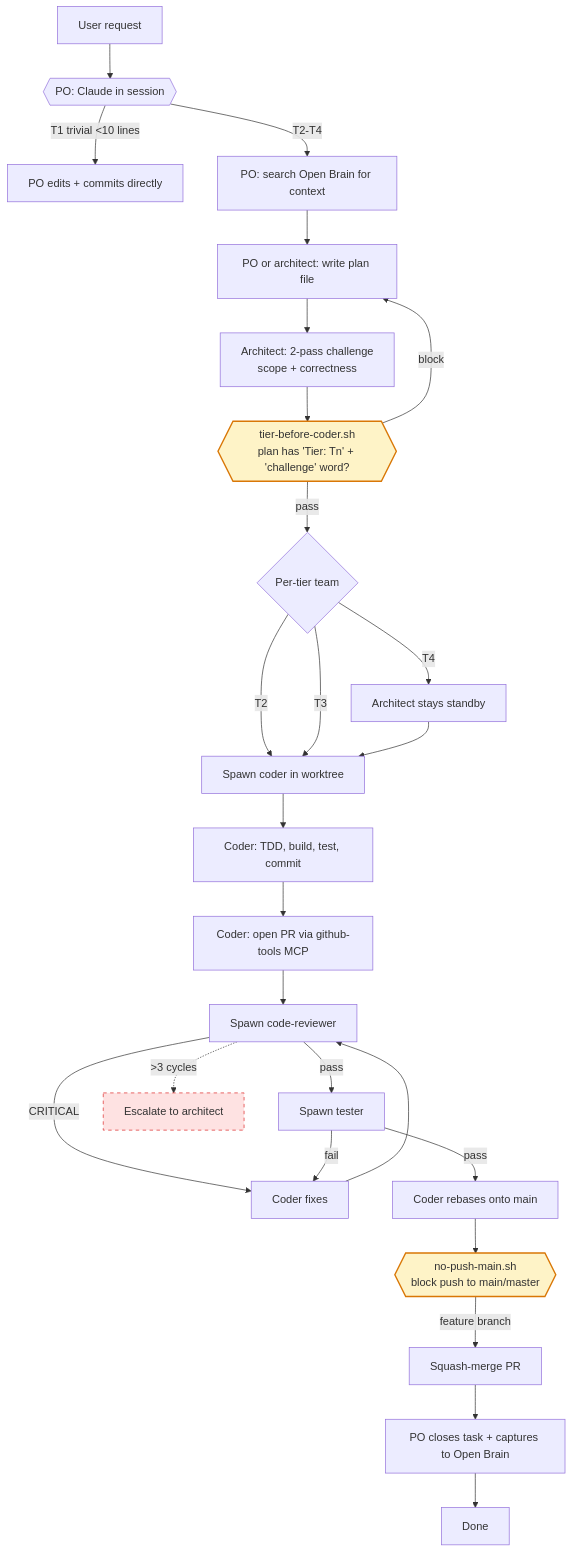
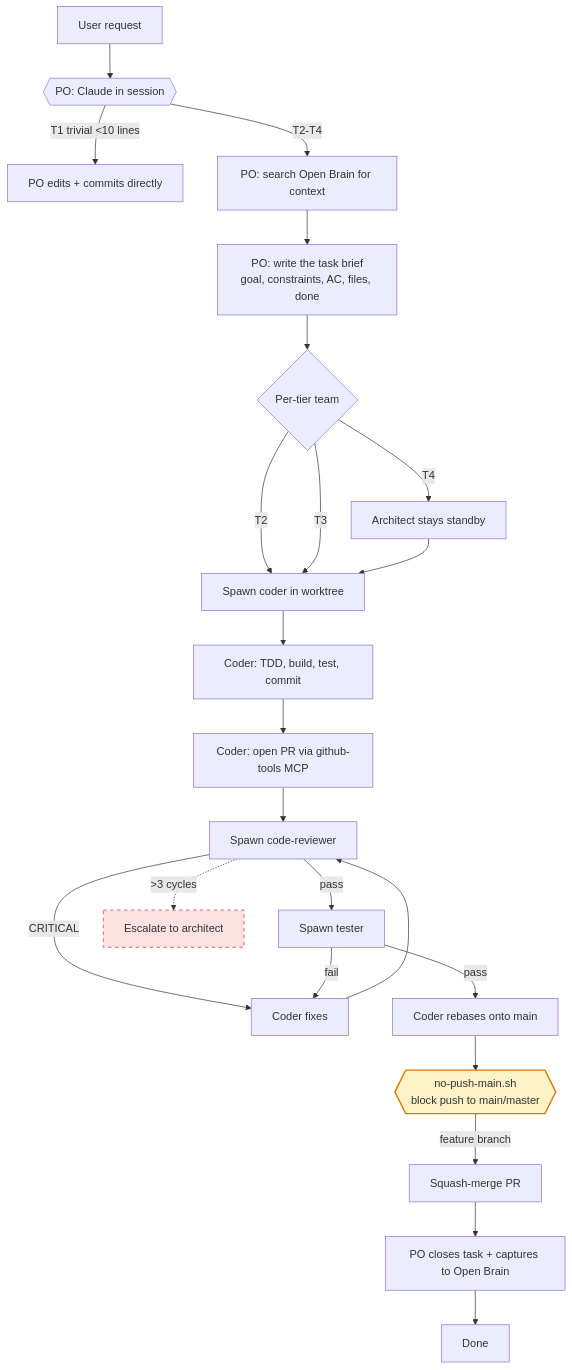
Before and after one commit to dagonet/claude-code-toolkit: the diagram in docs/workflow-audit.md, drawn with Mermaid. The commit also changed other lines of this file and 34 other files, not shown here.

First line of the commit message:
feat: v2.1 PR7 — drop the plan gate; task brief upfront (#58)

````diff
--- a/docs/workflow-audit.md
+++ b/docs/workflow-audit.md
@@ -11,31 +11,28 @@
 ```mermaid
 flowchart TD
     U[User request] --> PO{{PO: Claude in session}}
     PO -->|T1 trivial <10 lines| POFix[PO edits + commits directly]
     PO -->|T2-T4| OB[PO: search Open Brain for context]
-    OB --> WritePlan[PO or architect: write plan file]
-    WritePlan --> Chal[Architect: 2-pass challenge<br/>scope + correctness]
-    Chal --> H1{{tier-before-coder.sh<br/>plan has 'Tier: Tn' + 'challenge' word?}}
-    H1 -->|block| WritePlan
-    H1 -->|pass| Team{Per-tier team}
+    OB --> Brief[PO: write the task brief<br/>goal, constraints, AC, files, done]
+    Brief --> Team{Per-tier team}
     Team -->|T2| Dev1[Spawn coder in worktree]
     Team -->|T3| Dev1
     Team -->|T4| Arch4[Architect stays standby] --> Dev1
     Dev1 --> Code[Coder: TDD, build, test, commit]
     Code --> PR[Coder: open PR via github-tools MCP]
     PR --> Rev[Spawn code-reviewer]
     Rev -->|CRITICAL| Fix[Coder fixes] --> Rev
     Rev -->|pass| Test[Spawn tester]
     Rev -. >3 cycles .-> Esc[Escalate to architect]
     Test -->|fail| Fix
     Test -->|pass| Rebase[Coder rebases onto main]
     Rebase --> H2{{no-push-main.sh<br/>block push to main/master}}
     H2 -->|feature branch| Squash[Squash-merge PR]
     Squash --> Close[PO closes task + captures to Open Brain]
     Close --> Done[Done]
 
     classDef hook fill:#fef3c7,stroke:#d97706,stroke-width:2px;
-    class H1,H2 hook;
+    class H2 hook;
     classDef gap fill:#fee2e2,stroke:#dc2626,stroke-dasharray: 5 5;
     class Esc gap;
 ```
````
